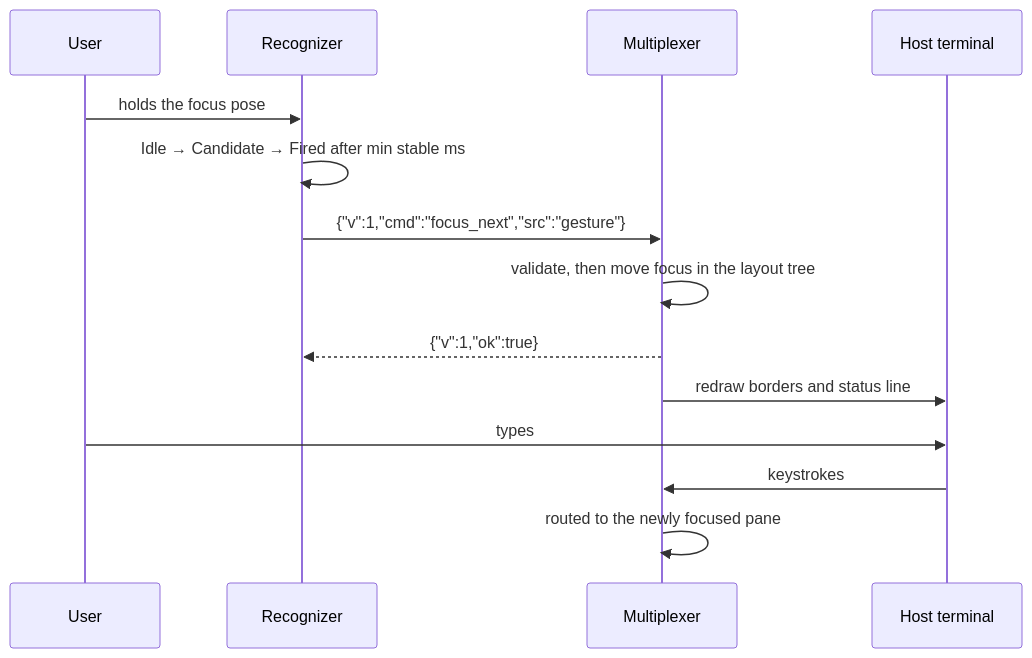
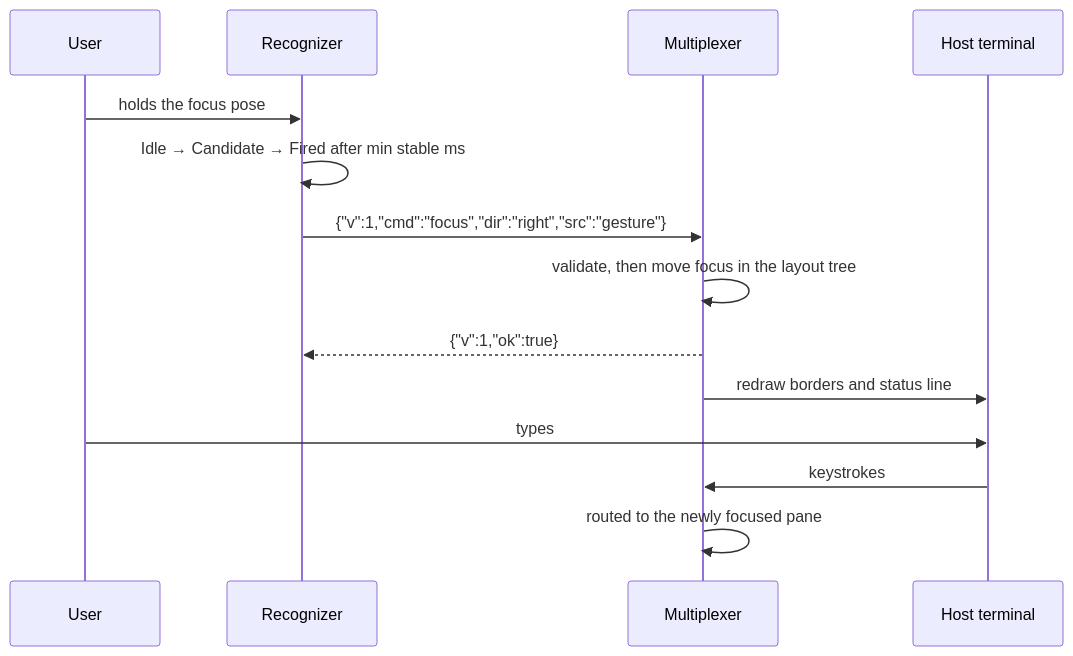
One commit to just1nlee/osu-capstone changed the fourth of 4 diagrams in docs/design.md. Above: the diagram before and after it, drawn with Mermaid. The commit also changed other lines of this file and 4 other files, not shown here.

Commit message:
feat: remove unused focus_next and next_layout commands

````diff
--- a/docs/design.md
+++ b/docs/design.md
@@ -143,16 +141,16 @@
 ```mermaid
 sequenceDiagram
     participant U as User
     participant R as Recognizer
     participant M as Multiplexer
     participant H as Host terminal
     U->>R: holds the focus pose
     R->>R: Idle → Candidate → Fired after min stable ms
-    R->>M: {"v":1,"cmd":"focus_next","src":"gesture"}
+    R->>M: {"v":1,"cmd":"focus","dir":"right","src":"gesture"}
     M->>M: validate, then move focus in the layout tree
     M-->>R: {"v":1,"ok":true}
     M->>H: redraw borders and status line
     U->>H: types
     H->>M: keystrokes
     M->>M: routed to the newly focused pane
 ```
````
